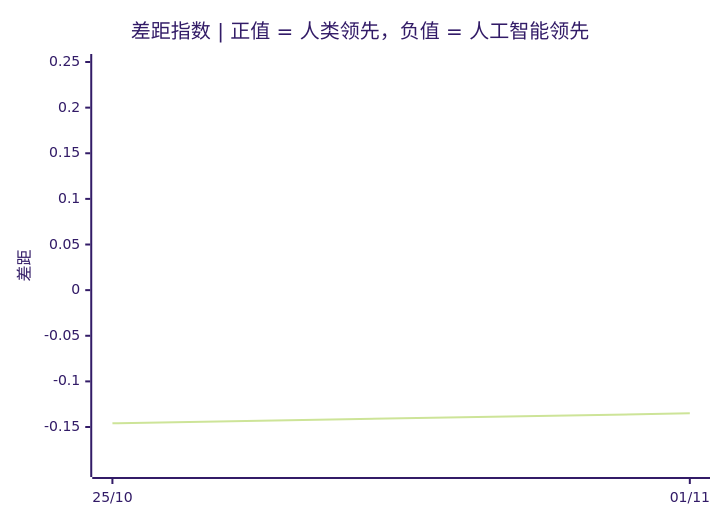
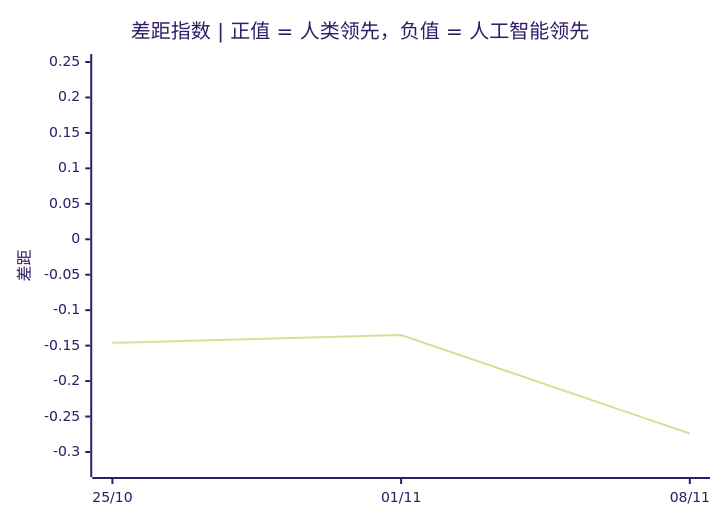
Before and after one commit to VQQLK/Human-AI-Monitor: the second of 3 diagrams in README.zh.md, drawn with Mermaid (forest theme). The commit also changed other lines of this file and 8 other files, not shown here.

````diff
--- a/README.zh.md
+++ b/README.zh.md
@@ -46,7 +46,7 @@
 ```mermaid
 xychart-beta
     title "差距指数 | 正值 = 人类领先，负值 = 人工智能领先"
-    x-axis ["25/10", "01/11"]
-    y-axis "差距" -0.196 --> 0.250
-    line [-0.146, -0.135]
+    x-axis ["25/10", "01/11", "08/11"]
+    y-axis "差距" -0.324 --> 0.250
+    line [-0.146, -0.135, -0.274]
 ```
````
